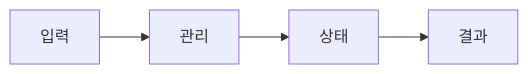
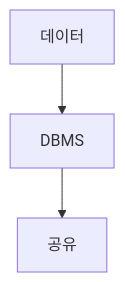
One commit to umyunsang/edu changed the diagram in ComputerScience/04_systems-infrastructure/linux/notes/08. 데이터베이스 요약.md. Above: the diagram before and after it, drawn with Mermaid. The commit also changed other lines of this file and 6 other files, not shown here.

````diff
--- a/ComputerScience/04_systems-infrastructure/linux/notes/08. 데이터베이스 요약.md
+++ b/ComputerScience/04_systems-infrastructure/linux/notes/08. 데이터베이스 요약.md
@@ -21,6 +19,5 @@
 ```mermaid
-flowchart LR
- A[입력] --> B[관리]
- B --> C[상태]
- C --> D[결과]
+flowchart TB
+    A[데이터] --> B[DBMS]
+    B --> C[공유]
 ```
````
